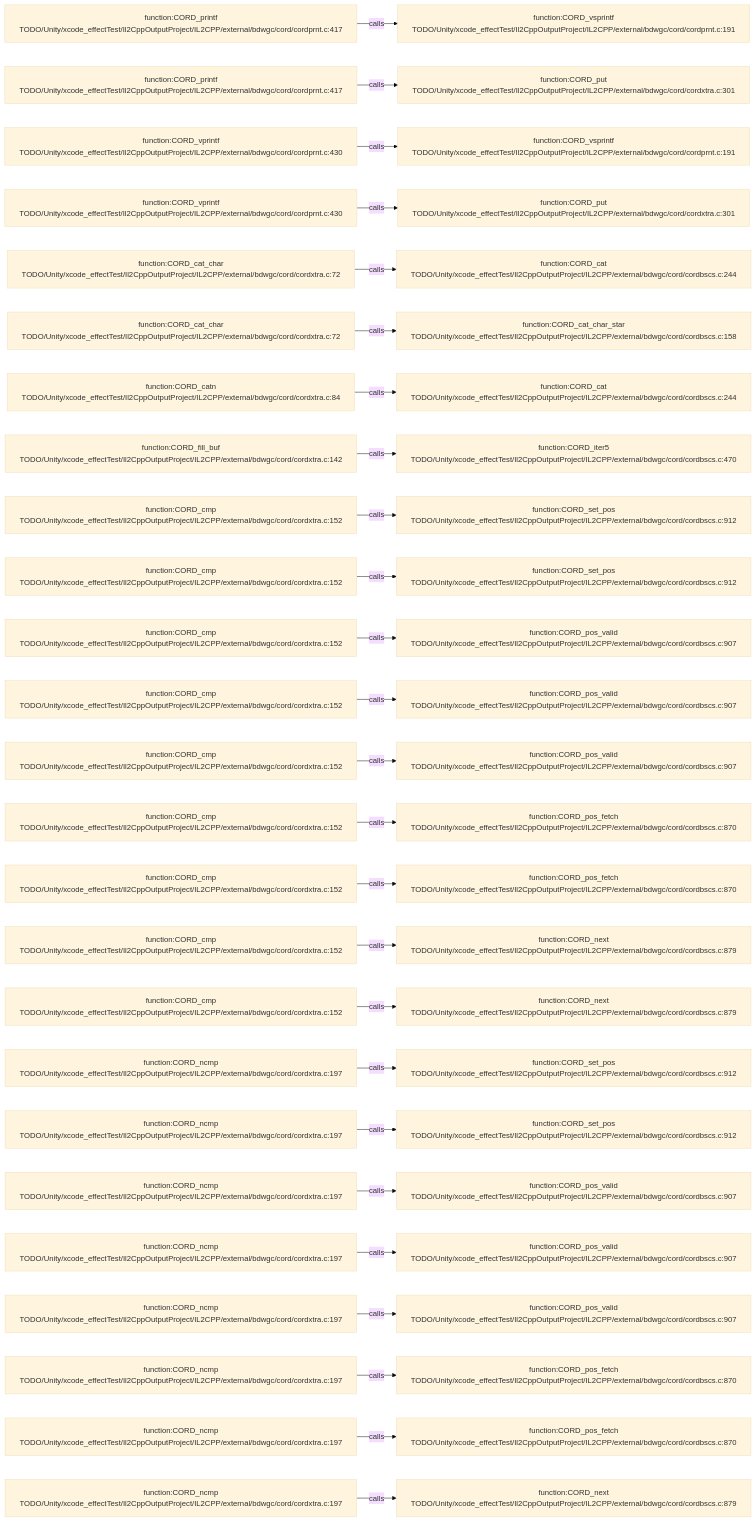
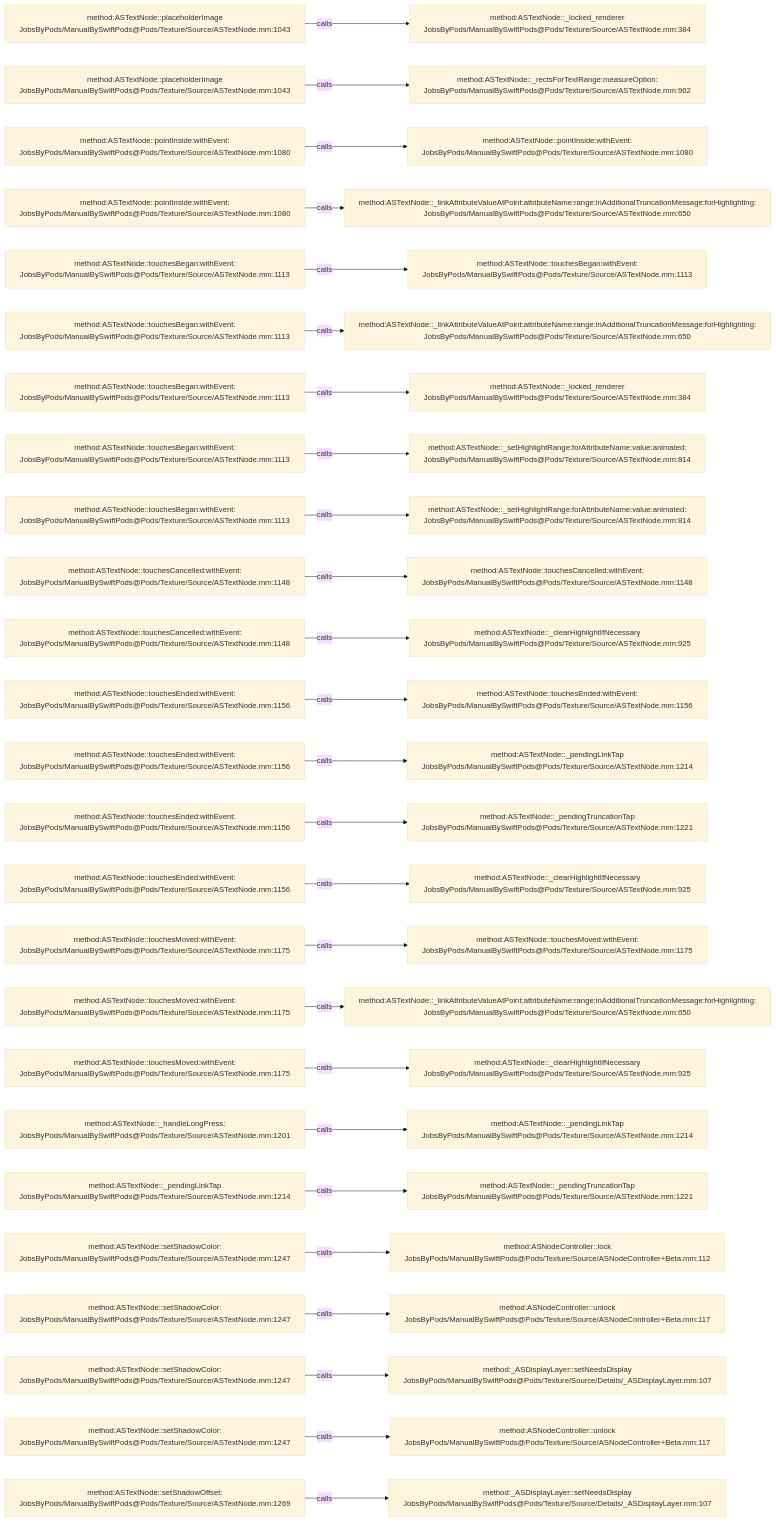
Before and after one commit to JobsKits/JobsSwiftBaseConfigDemo: the diagram in .codegraph/codegraph.md/graphs/calls-087.md, drawn with Mermaid (base theme). The commit also changed 2959 other files, not shown here.

````diff
--- a/.codegraph/codegraph.md/graphs/calls-087.md
+++ b/.codegraph/codegraph.md/graphs/calls-087.md
@@ -13,78 +13,78 @@
 ```mermaid
 flowchart LR
-  S1["function:CORD_printf<br/>TODO/Unity/xcode_effectTest/Il2CppOutputProject/IL2CPP/external/bdwgc/cord/cordprnt.c:417"]
-  T1["function:CORD_vsprintf<br/>TODO/Unity/xcode_effectTest/Il2CppOutputProject/IL2CPP/external/bdwgc/cord/cordprnt.c:191"]
+  S1["method:ASTextNode::placeholderImage<br/>JobsByPods/ManualBySwiftPods@Pods/Texture/Source/ASTextNode.mm:1043"]
+  T1["method:ASTextNode::_locked_renderer<br/>JobsByPods/ManualBySwiftPods@Pods/Texture/Source/ASTextNode.mm:384"]
   S1 -->|calls| T1
-  S2["function:CORD_printf<br/>TODO/Unity/xcode_effectTest/Il2CppOutputProject/IL2CPP/external/bdwgc/cord/cordprnt.c:417"]
-  T2["function:CORD_put<br/>TODO/Unity/xcode_effectTest/Il2CppOutputProject/IL2CPP/external/bdwgc/cord/cordxtra.c:301"]
+  S2["method:ASTextNode::placeholderImage<br/>JobsByPods/ManualBySwiftPods@Pods/Texture/Source/ASTextNode.mm:1043"]
+  T2["method:ASTextNode::_rectsForTextRange:measureOption:<br/>JobsByPods/ManualBySwiftPods@Pods/Texture/Source/ASTextNode.mm:962"]
   S2 -->|calls| T2
-  S3["function:CORD_vprintf<br/>TODO/Unity/xcode_effectTest/Il2CppOutputProject/IL2CPP/external/bdwgc/cord/cordprnt.c:430"]
-  T3["function:CORD_vsprintf<br/>TODO/Unity/xcode_effectTest/Il2CppOutputProject/IL2CPP/external/bdwgc/cord/cordprnt.c:191"]
+  S3["method:ASTextNode::pointInside:withEvent:<br/>JobsByPods/ManualBySwiftPods@Pods/Texture/Source/ASTextNode.mm:1080"]
+  T3["method:ASTextNode::pointInside:withEvent:<br/>JobsByPods/ManualBySwiftPods@Pods/Texture/Source/ASTextNode.mm:1080"]
   S3 -->|calls| T3
-  S4["function:CORD_vprintf<br/>TODO/Unity/xcode_effectTest/Il2CppOutputProject/IL2CPP/external/bdwgc/cord/cordprnt.c:430"]
-  T4["function:CORD_put<br/>TODO/Unity/xcode_effectTest/Il2CppOutputProject/IL2CPP/external/bdwgc/cord/cordxtra.c:301"]
+  S4["method:ASTextNode::pointInside:withEvent:<br/>JobsByPods/ManualBySwiftPods@Pods/Texture/Source/ASTextNode.mm:1080"]
+  T4["method:ASTextNode::_linkAttributeValueAtPoint:attributeName:range:inAdditionalTruncationMessage:forHighlighting:<br/>JobsByPods/ManualBySwiftPods@Pods/Texture/Source/ASTextNode.mm:650"]
   S4 -->|calls| T4
-  S5["function:CORD_cat_char<br/>TODO/Unity/xcode_effectTest/Il2CppOutputProject/IL2CPP/external/bdwgc/cord/cordxtra.c:72"]
-  T5["function:CORD_cat<br/>TODO/Unity/xcode_effectTest/Il2CppOutputProject/IL2CPP/external/bdwgc/cord/cordbscs.c:244"]
+  S5["method:ASTextNode::touchesBegan:withEvent:<br/>JobsByPods/ManualBySwiftPods@Pods/Texture/Source/ASTextNode.mm:1113"]
+  T5["method:ASTextNode::touchesBegan:withEvent:<br/>JobsByPods/ManualBySwiftPods@Pods/Texture/Source/ASTextNode.mm:1113"]
   S5 -->|calls| T5
-  S6["function:CORD_cat_char<br/>TODO/Unity/xcode_effectTest/Il2CppOutputProject/IL2CPP/external/bdwgc/cord/cordxtra.c:72"]
-  T6["function:CORD_cat_char_star<br/>TODO/Unity/xcode_effectTest/Il2CppOutputProject/IL2CPP/external/bdwgc/cord/cordbscs.c:158"]
+  S6["method:ASTextNode::touchesBegan:withEvent:<br/>JobsByPods/ManualBySwiftPods@Pods/Texture/Source/ASTextNode.mm:1113"]
+  T6["method:ASTextNode::_linkAttributeValueAtPoint:attributeName:range:inAdditionalTruncationMessage:forHighlighting:<br/>JobsByPods/ManualBySwiftPods@Pods/Texture/Source/ASTextNode.mm:650"]
   S6 -->|calls| T6
-  S7["function:CORD_catn<br/>TODO/Unity/xcode_effectTest/Il2CppOutputProject/IL2CPP/external/bdwgc/cord/cordxtra.c:84"]
-  T7["function:CORD_cat<br/>TODO/Unity/xcode_effectTest/Il2CppOutputProject/IL2CPP/external/bdwgc/cord/cordbscs.c:244"]
+  S7["method:ASTextNode::touchesBegan:withEvent:<br/>JobsByPods/ManualBySwiftPods@Pods/Texture/Source/ASTextNode.mm:1113"]
+  T7["method:ASTextNode::_locked_renderer<br/>JobsByPods/ManualBySwiftPods@Pods/Texture/Source/ASTextNode.mm:384"]
   S7 -->|calls| T7
-  S8["function:CORD_fill_buf<br/>TODO/Unity/xcode_effectTest/Il2CppOutputProject/IL2CPP/external/bdwgc/cord/cordxtra.c:142"]
-  T8["function:CORD_iter5<br/>TODO/Unity/xcode_effectTest/Il2CppOutputProject/IL2CPP/external/bdwgc/cord/cordbscs.c:470"]
+  S8["method:ASTextNode::touchesBegan:withEvent:<br/>JobsByPods/ManualBySwiftPods@Pods/Texture/Source/ASTextNode.mm:1113"]
+  T8["method:ASTextNode::_setHighlightRange:forAttributeName:value:animated:<br/>JobsByPods/ManualBySwiftPods@Pods/Texture/Source/ASTextNode.mm:814"]
   S8 -->|calls| T8
-  S9["function:CORD_cmp<br/>TODO/Unity/xcode_effectTest/Il2CppOutputProject/IL2CPP/external/bdwgc/cord/cordxtra.c:152"]
-  T9["function:CORD_set_pos<br/>TODO/Unity/xcode_effectTest/Il2CppOutputProject/IL2CPP/external/bdwgc/cord/cordbscs.c:912"]
+  S9["method:ASTextNode::touchesBegan:withEvent:<br/>JobsByPods/ManualBySwiftPods@Pods/Texture/Source/ASTextNode.mm:1113"]
+  T9["method:ASTextNode::_setHighlightRange:forAttributeName:value:animated:<br/>JobsByPods/ManualBySwiftPods@Pods/Texture/Source/ASTextNode.mm:814"]
   S9 -->|calls| T9
-  S10["function:CORD_cmp<br/>TODO/Unity/xcode_effectTest/Il2CppOutputProject/IL2CPP/external/bdwgc/cord/cordxtra.c:152"]
-  T10["function:CORD_set_pos<br/>TODO/Unity/xcode_effectTest/Il2CppOutputProject/IL2CPP/external/bdwgc/cord/cordbscs.c:912"]
+  S10["method:ASTextNode::touchesCancelled:withEvent:<br/>JobsByPods/ManualBySwiftPods@Pods/Texture/Source/ASTextNode.mm:1148"]
+  T10["method:ASTextNode::touchesCancelled:withEvent:<br/>JobsByPods/ManualBySwiftPods@Pods/Texture/Source/ASTextNode.mm:1148"]
   S10 -->|calls| T10
-  S11["function:CORD_cmp<br/>TODO/Unity/xcode_effectTest/Il2CppOutputProject/IL2CPP/external/bdwgc/cord/cordxtra.c:152"]
-  T11["function:CORD_pos_valid<br/>TODO/Unity/xcode_effectTest/Il2CppOutputProject/IL2CPP/external/bdwgc/cord/cordbscs.c:907"]
+  S11["method:ASTextNode::touchesCancelled:withEvent:<br/>JobsByPods/ManualBySwiftPods@Pods/Texture/Source/ASTextNode.mm:1148"]
+  T11["method:ASTextNode::_clearHighlightIfNecessary<br/>JobsByPods/ManualBySwiftPods@Pods/Texture/Source/ASTextNode.mm:925"]
   S11 -->|calls| T11
-  S12["function:CORD_cmp<br/>TODO/Unity/xcode_effectTest/Il2CppOutputProject/IL2CPP/external/bdwgc/cord/cordxtra.c:152"]
-  T12["function:CORD_pos_valid<br/>TODO/Unity/xcode_effectTest/Il2CppOutputProject/IL2CPP/external/bdwgc/cord/cordbscs.c:907"]
+  S12["method:ASTextNode::touchesEnded:withEvent:<br/>JobsByPods/ManualBySwiftPods@Pods/Texture/Source/ASTextNode.mm:1156"]
+  T12["method:ASTextNode::touchesEnded:withEvent:<br/>JobsByPods/ManualBySwiftPods@Pods/Texture/Source/ASTextNode.mm:1156"]
   S12 -->|calls| T12
-  S13["function:CORD_cmp<br/>TODO/Unity/xcode_effectTest/Il2CppOutputProject/IL2CPP/external/bdwgc/cord/cordxtra.c:152"]
-  T13["function:CORD_pos_valid<br/>TODO/Unity/xcode_effectTest/Il2CppOutputProject/IL2CPP/external/bdwgc/cord/cordbscs.c:907"]
+  S13["method:ASTextNode::touchesEnded:withEvent:<br/>JobsByPods/ManualBySwiftPods@Pods/Texture/Source/ASTextNode.mm:1156"]
+  T13["method:ASTextNode::_pendingLinkTap<br/>JobsByPods/ManualBySwiftPods@Pods/Texture/Source/ASTextNode.mm:1214"]
   S13 -->|calls| T13
-  S14["function:CORD_cmp<br/>TODO/Unity/xcode_effectTest/Il2CppOutputProject/IL2CPP/external/bdwgc/cord/cordxtra.c:152"]
-  T14["function:CORD_pos_fetch<br/>TODO/Unity/xcode_effectTest/Il2CppOutputProject/IL2CPP/external/bdwgc/cord/cordbscs.c:870"]
+  S14["method:ASTextNode::touchesEnded:withEvent:<br/>JobsByPods/ManualBySwiftPods@Pods/Texture/Source/ASTextNode.mm:1156"]
+  T14["method:ASTextNode::_pendingTruncationTap<br/>JobsByPods/ManualBySwiftPods@Pods/Texture/Source/ASTextNode.mm:1221"]
   S14 -->|calls| T14
-  S15["function:CORD_cmp<br/>TODO/Unity/xcode_effectTest/Il2CppOutputProject/IL2CPP/external/bdwgc/cord/cordxtra.c:152"]
-  T15["function:CORD_pos_fetch<br/>TODO/Unity/xcode_effectTest/Il2CppOutputProject/IL2CPP/external/bdwgc/cord/cordbscs.c:870"]
+  S15["method:ASTextNode::touchesEnded:withEvent:<br/>JobsByPods/ManualBySwiftPods@Pods/Texture/Source/ASTextNode.mm:1156"]
+  T15["method:ASTextNode::_clearHighlightIfNecessary<br/>JobsByPods/ManualBySwiftPods@Pods/Texture/Source/ASTextNode.mm:925"]
   S15 -->|calls| T15
-  S16["function:CORD_cmp<br/>TODO/Unity/xcode_effectTest/Il2CppOutputProject/IL2CPP/external/bdwgc/cord/cordxtra.c:152"]
-  T16["function:CORD_next<br/>TODO/Unity/xcode_effectTest/Il2CppOutputProject/IL2CPP/external/bdwgc/cord/cordbscs.c:879"]
+  S16["method:ASTextNode::touchesMoved:withEvent:<br/>JobsByPods/ManualBySwiftPods@Pods/Texture/Source/ASTextNode.mm:1175"]
+  T16["method:ASTextNode::touchesMoved:withEvent:<br/>JobsByPods/ManualBySwiftPods@Pods/Texture/Source/ASTextNode.mm:1175"]
   S16 -->|calls| T16
-  S17["function:CORD_cmp<br/>TODO/Unity/xcode_effectTest/Il2CppOutputProject/IL2CPP/external/bdwgc/cord/cordxtra.c:152"]
-  T17["function:CORD_next<br/>TODO/Unity/xcode_effectTest/Il2CppOutputProject/IL2CPP/external/bdwgc/cord/cordbscs.c:879"]
+  S17["method:ASTextNode::touchesMoved:withEvent:<br/>JobsByPods/ManualBySwiftPods@Pods/Texture/Source/ASTextNode.mm:1175"]
+  T17["method:ASTextNode::_linkAttributeValueAtPoint:attributeName:range:inAdditionalTruncationMessage:forHighlighting:<br/>JobsByPods/ManualBySwiftPods@Pods/Texture/Source/ASTextNode.mm:650"]
   S17 -->|calls| T17
-  S18["function:CORD_ncmp<br/>TODO/Unity/xcode_effectTest/Il2CppOutputProject/IL2CPP/external/bdwgc/cord/cordxtra.c:197"]
-  T18["function:CORD_set_pos<br/>TODO/Unity/xcode_effectTest/Il2CppOutputProject/IL2CPP/external/bdwgc/cord/cordbscs.c:912"]
+  S18["method:ASTextNode::touchesMoved:withEvent:<br/>JobsByPods/ManualBySwiftPods@Pods/Texture/Source/ASTextNode.mm:1175"]
+  T18["method:ASTextNode::_clearHighlightIfNecessary<br/>JobsByPods/ManualBySwiftPods@Pods/Texture/Source/ASTextNode.mm:925"]
   S18 -->|calls| T18
-  S19["function:CORD_ncmp<br/>TODO/Unity/xcode_effectTest/Il2CppOutputProject/IL2CPP/external/bdwgc/cord/cordxtra.c:197"]
-  T19["function:CORD_set_pos<br/>TODO/Unity/xcode_effectTest/Il2CppOutputProject/IL2CPP/external/bdwgc/cord/cordbscs.c:912"]
+  S19["method:ASTextNode::_handleLongPress:<br/>JobsByPods/ManualBySwiftPods@Pods/Texture/Source/ASTextNode.mm:1201"]
+  T19["method:ASTextNode::_pendingLinkTap<br/>JobsByPods/ManualBySwiftPods@Pods/Texture/Source/ASTextNode.mm:1214"]
   S19 -->|calls| T19
-  S20["function:CORD_ncmp<br/>TODO/Unity/xcode_effectTest/Il2CppOutputProject/IL2CPP/external/bdwgc/cord/cordxtra.c:197"]
-  T20["function:CORD_pos_valid<br/>TODO/Unity/xcode_effectTest/Il2CppOutputProject/IL2CPP/external/bdwgc/cord/cordbscs.c:907"]
+  S20["method:ASTextNode::_pendingLinkTap<br/>JobsByPods/ManualBySwiftPods@Pods/Texture/Source/ASTextNode.mm:1214"]
+  T20["method:ASTextNode::_pendingTruncationTap<br/>JobsByPods/ManualBySwiftPods@Pods/Texture/Source/ASTextNode.mm:1221"]
   S20 -->|calls| T20
-  S21["function:CORD_ncmp<br/>TODO/Unity/xcode_effectTest/Il2CppOutputProject/IL2CPP/external/bdwgc/cord/cordxtra.c:197"]
-  T21["function:CORD_pos_valid<br/>TODO/Unity/xcode_effectTest/Il2CppOutputProject/IL2CPP/external/bdwgc/cord/cordbscs.c:907"]
+  S21["method:ASTextNode::setShadowColor:<br/>JobsByPods/ManualBySwiftPods@Pods/Texture/Source/ASTextNode.mm:1247"]
+  T21["method:ASNodeController::lock<br/>JobsByPods/ManualBySwiftPods@Pods/Texture/Source/ASNodeController+Beta.mm:112"]
   S21 -->|calls| T21
-  S22["function:CORD_ncmp<br/>TODO/Unity/xcode_effectTest/Il2CppOutputProject/IL2CPP/external/bdwgc/cord/cordxtra.c:197"]
-  T22["function:CORD_pos_valid<br/>TODO/Unity/xcode_effectTest/Il2CppOutputProject/IL2CPP/external/bdwgc/cord/cordbscs.c:907"]
+  S22["method:ASTextNode::setShadowColor:<br/>JobsByPods/ManualBySwiftPods@Pods/Texture/Source/ASTextNode.mm:1247"]
+  T22["method:ASNodeController::unlock<br/>JobsByPods/ManualBySwiftPods@Pods/Texture/Source/ASNodeController+Beta.mm:117"]
   S22 -->|calls| T22
-  S23["function:CORD_ncmp<br/>TODO/Unity/xcode_effectTest/Il2CppOutputProject/IL2CPP/external/bdwgc/cord/cordxtra.c:197"]
-  T23["function:CORD_pos_fetch<br/>TODO/Unity/xcode_effectTest/Il2CppOutputProject/IL2CPP/external/bdwgc/cord/cordbscs.c:870"]
+  S23["method:ASTextNode::setShadowColor:<br/>JobsByPods/ManualBySwiftPods@Pods/Texture/Source/ASTextNode.mm:1247"]
+  T23["method:_ASDisplayLayer::setNeedsDisplay<br/>JobsByPods/ManualBySwiftPods@Pods/Texture/Source/Details/_ASDisplayLayer.mm:107"]
   S23 -->|calls| T23
-  S24["function:CORD_ncmp<br/>TODO/Unity/xcode_effectTest/Il2CppOutputProject/IL2CPP/external/bdwgc/cord/cordxtra.c:197"]
-  T24["function:CORD_pos_fetch<br/>TODO/Unity/xcode_effectTest/Il2CppOutputProject/IL2CPP/external/bdwgc/cord/cordbscs.c:870"]
+  S24["method:ASTextNode::setShadowColor:<br/>JobsByPods/ManualBySwiftPods@Pods/Texture/Source/ASTextNode.mm:1247"]
+  T24["method:ASNodeController::unlock<br/>JobsByPods/ManualBySwiftPods@Pods/Texture/Source/ASNodeController+Beta.mm:117"]
   S24 -->|calls| T24
-  S25["function:CORD_ncmp<br/>TODO/Unity/xcode_effectTest/Il2CppOutputProject/IL2CPP/external/bdwgc/cord/cordxtra.c:197"]
-  T25["function:CORD_next<br/>TODO/Unity/xcode_effectTest/Il2CppOutputProject/IL2CPP/external/bdwgc/cord/cordbscs.c:879"]
+  S25["method:ASTextNode::setShadowOffset:<br/>JobsByPods/ManualBySwiftPods@Pods/Texture/Source/ASTextNode.mm:1269"]
+  T25["method:_ASDisplayLayer::setNeedsDisplay<br/>JobsByPods/ManualBySwiftPods@Pods/Texture/Source/Details/_ASDisplayLayer.mm:107"]
   S25 -->|calls| T25
 ```
````
